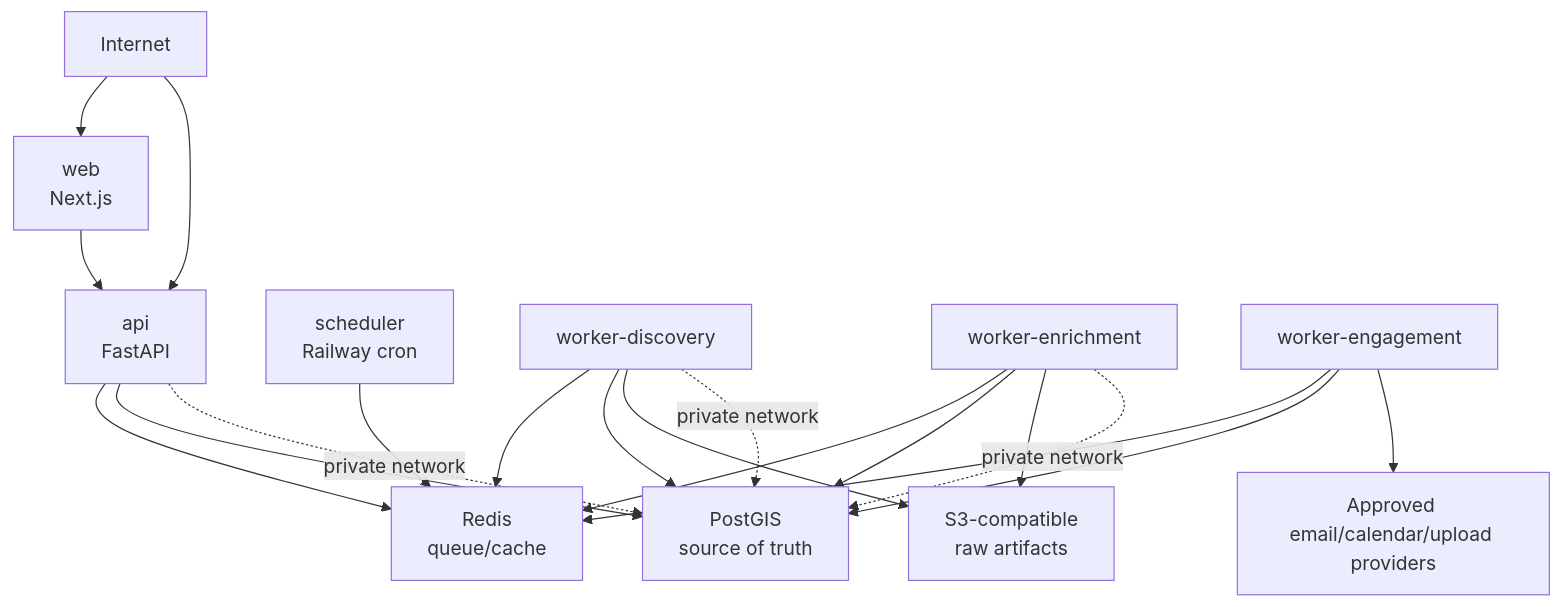
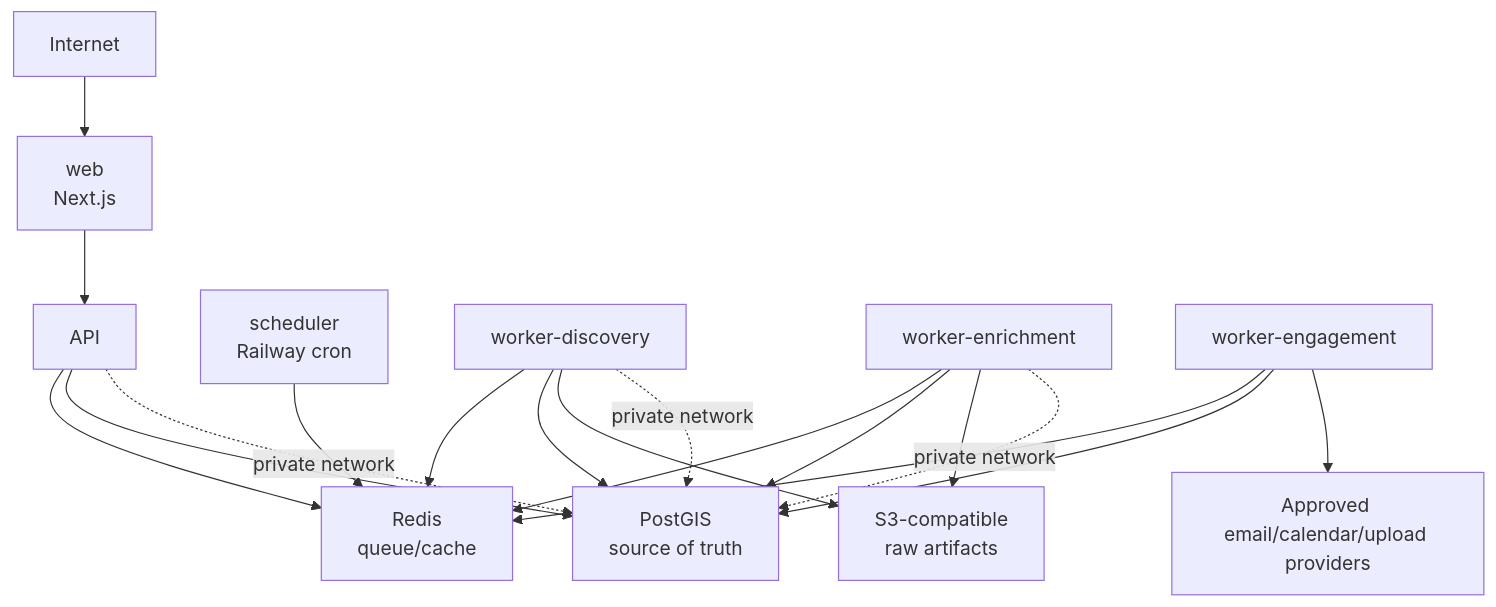
One commit to worldofhacks/seekandscore changed the diagram in docs/RAILWAY_DEPLOYMENT.md. Above: the diagram before and after it, drawn with Mermaid. The commit also changed other lines of this file and 23 other files, not shown here.

````diff
--- a/docs/RAILWAY_DEPLOYMENT.md
+++ b/docs/RAILWAY_DEPLOYMENT.md
@@ -46,25 +46,24 @@
 ```mermaid
 flowchart TB
   Internet --> Web["web<br/>Next.js"]
-  Internet --> API["api<br/>FastAPI"]
   Web --> API
 
   API --> Redis["Redis<br/>queue/cache"]
   API --> PostGIS["PostGIS<br/>source of truth"]
 
   Scheduler["scheduler<br/>Railway cron"] --> Redis
   Discovery["worker-discovery"] --> Redis
   Discovery --> PostGIS
   Discovery --> Objects["S3-compatible<br/>raw artifacts"]
   Enrichment["worker-enrichment"] --> Redis
   Enrichment --> PostGIS
   Enrichment --> Objects
 
   Engagement["worker-engagement"] --> Redis
   Engagement --> PostGIS
   Engagement --> Providers["Approved email/calendar/upload providers"]
 
   API -. private network .-> PostGIS
   Discovery -. private network .-> PostGIS
   Enrichment -. private network .-> PostGIS
 ```
````
